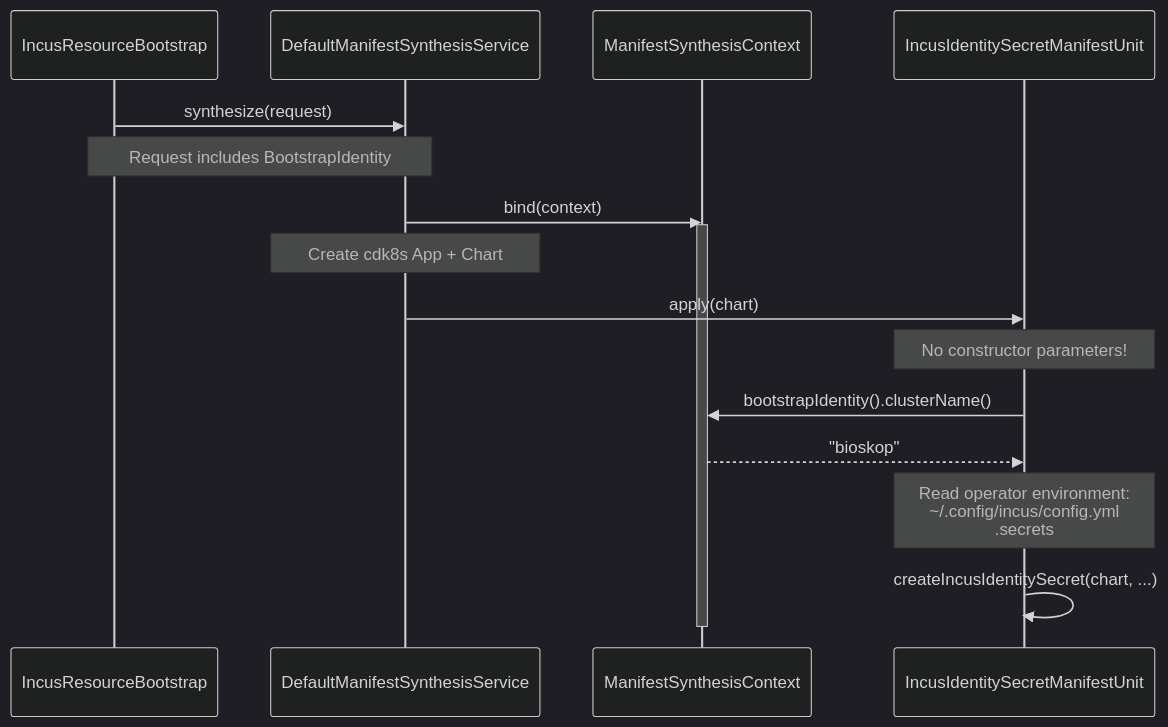
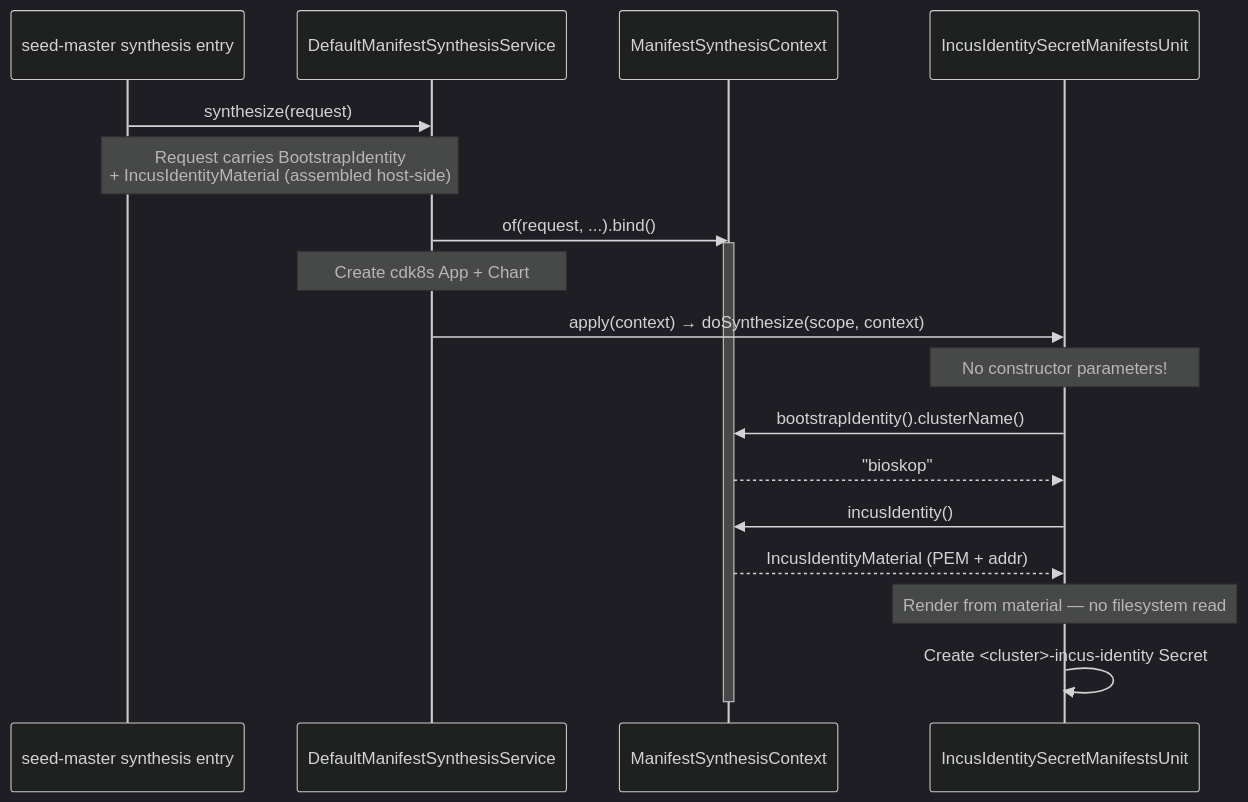
Before and after one commit to nxmatic/rke2lab: the fourth of 4 diagrams in docs/architecture/bootstrap/bootstrap-identity-provider.adoc, drawn with Mermaid (dark theme). The commit also changed other lines of this file and 3 other files, not shown here.

First line of the commit message:
docs: figures-not-code sweep — re-figure cilium-bgp, trim 3 code-heavy docs

```diff
--- a/docs/architecture/bootstrap/bootstrap-identity-provider.adoc
+++ b/docs/architecture/bootstrap/bootstrap-identity-provider.adoc
@@ -381,29 +384,32 @@
 [mermaid]
 ----
 sequenceDiagram
-    participant Bootstrap as IncusResourceBootstrap
+    participant Bootstrap as seed-master synthesis entry
     participant Service as DefaultManifestSynthesisService
     participant Context as ManifestSynthesisContext
-    participant Unit as IncusIdentitySecretManifestUnit
+    participant Unit as IncusIdentitySecretManifestsUnit
 
     Bootstrap->>Service: synthesize(request)
-    Note over Bootstrap,Service: Request includes BootstrapIdentity
+    Note over Bootstrap,Service: Request carries BootstrapIdentity<br/>+ IncusIdentityMaterial (assembled host-side)
 
-    Service->>Context: bind(context)
+    Service->>Context: of(request, ...).bind()
     activate Context
 
     Note over Service: Create cdk8s App + Chart
 
-    Service->>Unit: apply(chart)
+    Service->>Unit: apply(context) → doSynthesize(scope, context)
 
     Note over Unit: No constructor parameters!
 
     Unit->>Context: bootstrapIdentity().clusterName()
     Context-->>Unit: "bioskop"
 
-    Note over Unit: Read operator environment:<br/>~/.config/incus/config.yml<br/>.secrets
+    Unit->>Context: incusIdentity()
+    Context-->>Unit: IncusIdentityMaterial (PEM + addr)
 
-    Unit->>Unit: createIncusIdentitySecret(chart, ...)
+    Note over Unit: Render from material — no filesystem read
+
+    Unit->>Unit: Create <cluster>-incus-identity Secret
 
     deactivate Context
 ----
```
